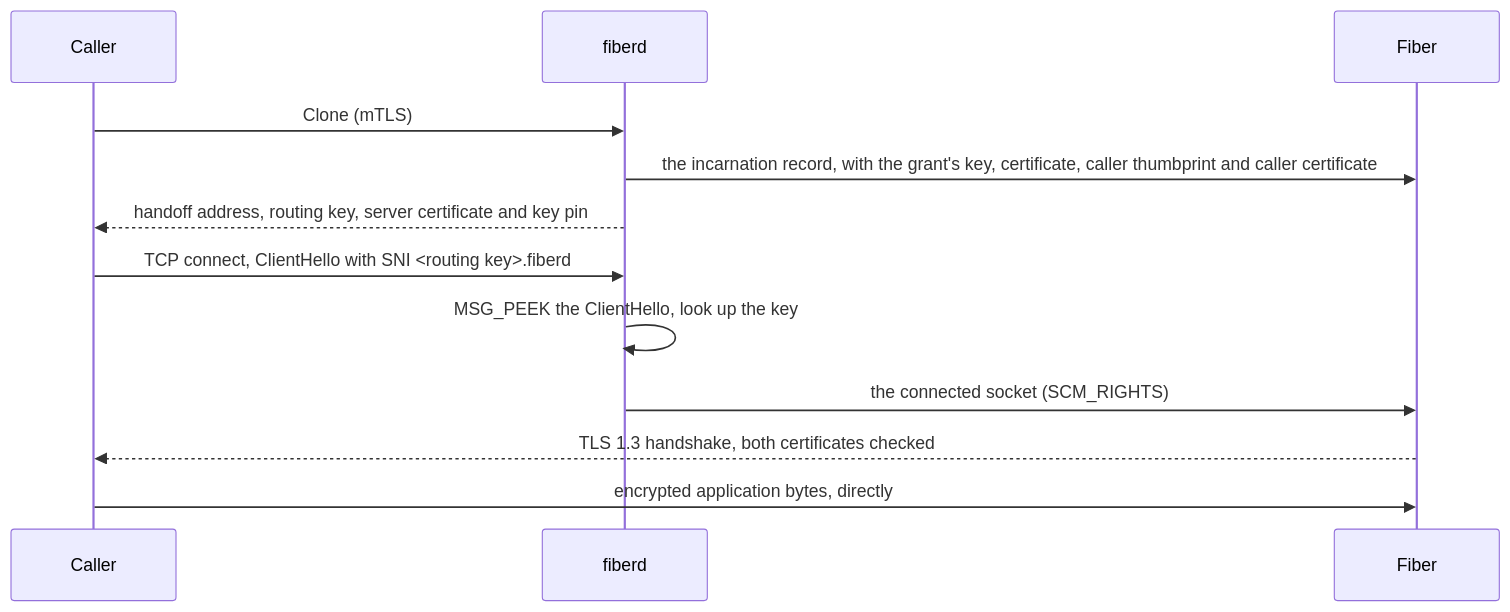
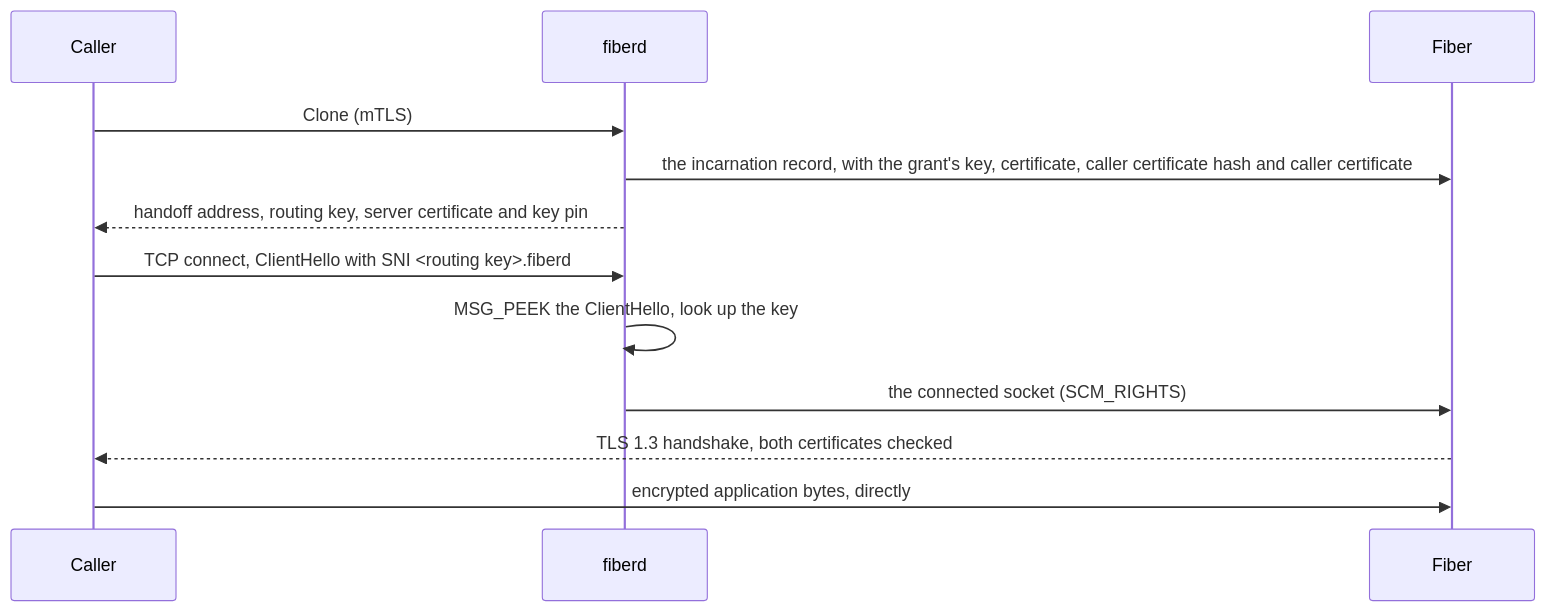
One commit to helayoty/fiberd changed the diagram in docs/design/handoff.md. Above: the diagram before and after it, drawn with Mermaid. The commit also changed other lines of this file and 63 other files, not shown here.

Commit message:
Bind grants to the caller's public key (#113)

````diff
--- a/docs/design/handoff.md
+++ b/docs/design/handoff.md
@@ -15,14 +15,14 @@
 ```mermaid
 sequenceDiagram
   participant C as Caller
   participant A as fiberd
   participant F as Fiber
   C->>A: Clone (mTLS)
-  A->>F: the incarnation record, with the grant's key, certificate, caller thumbprint and caller certificate
+  A->>F: the incarnation record, with the grant's key, certificate, caller certificate hash and caller certificate
   A-->>C: handoff address, routing key, server certificate and key pin
   C->>A: TCP connect, ClientHello with SNI <routing key>.fiberd
   A->>A: MSG_PEEK the ClientHello, look up the key
   A->>F: the connected socket (SCM_RIGHTS)
   F-->>C: TLS 1.3 handshake, both certificates checked
   C->>F: encrypted application bytes, directly
 ```
````
